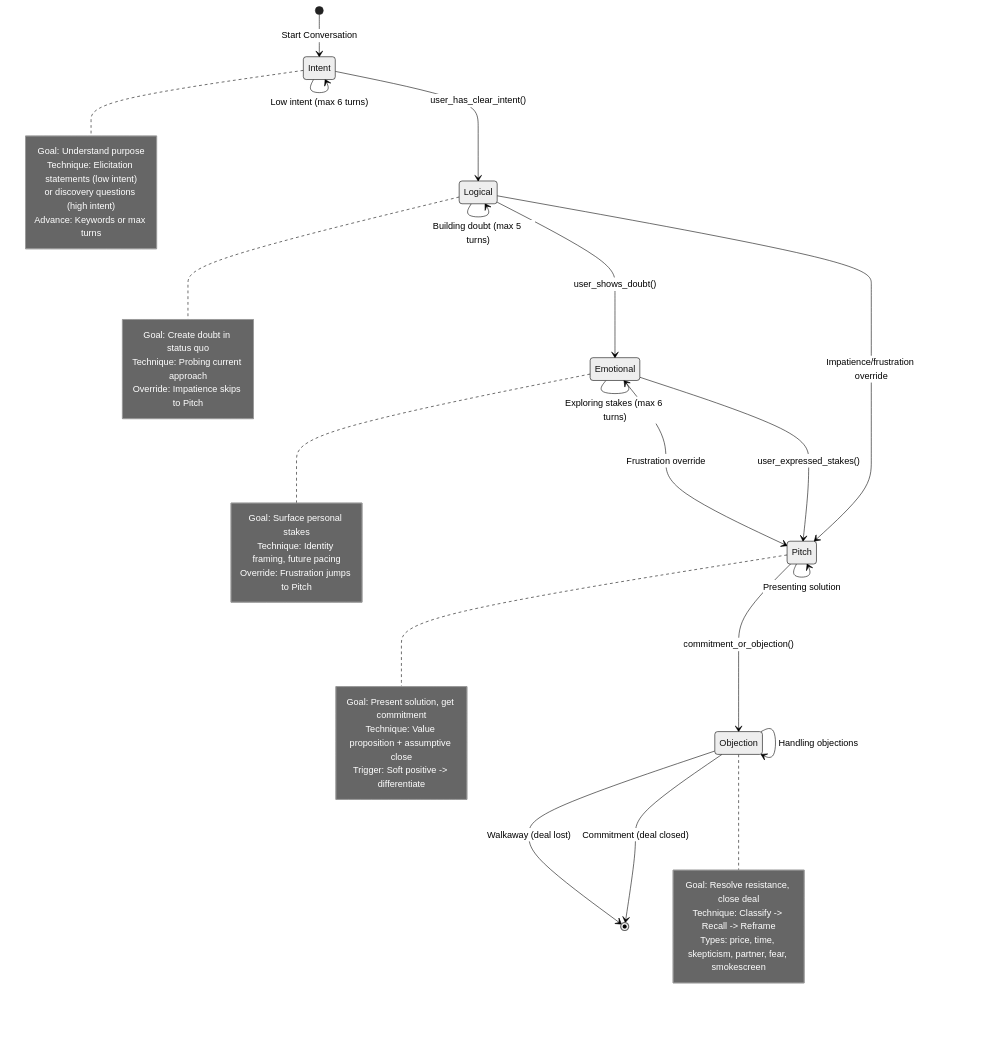
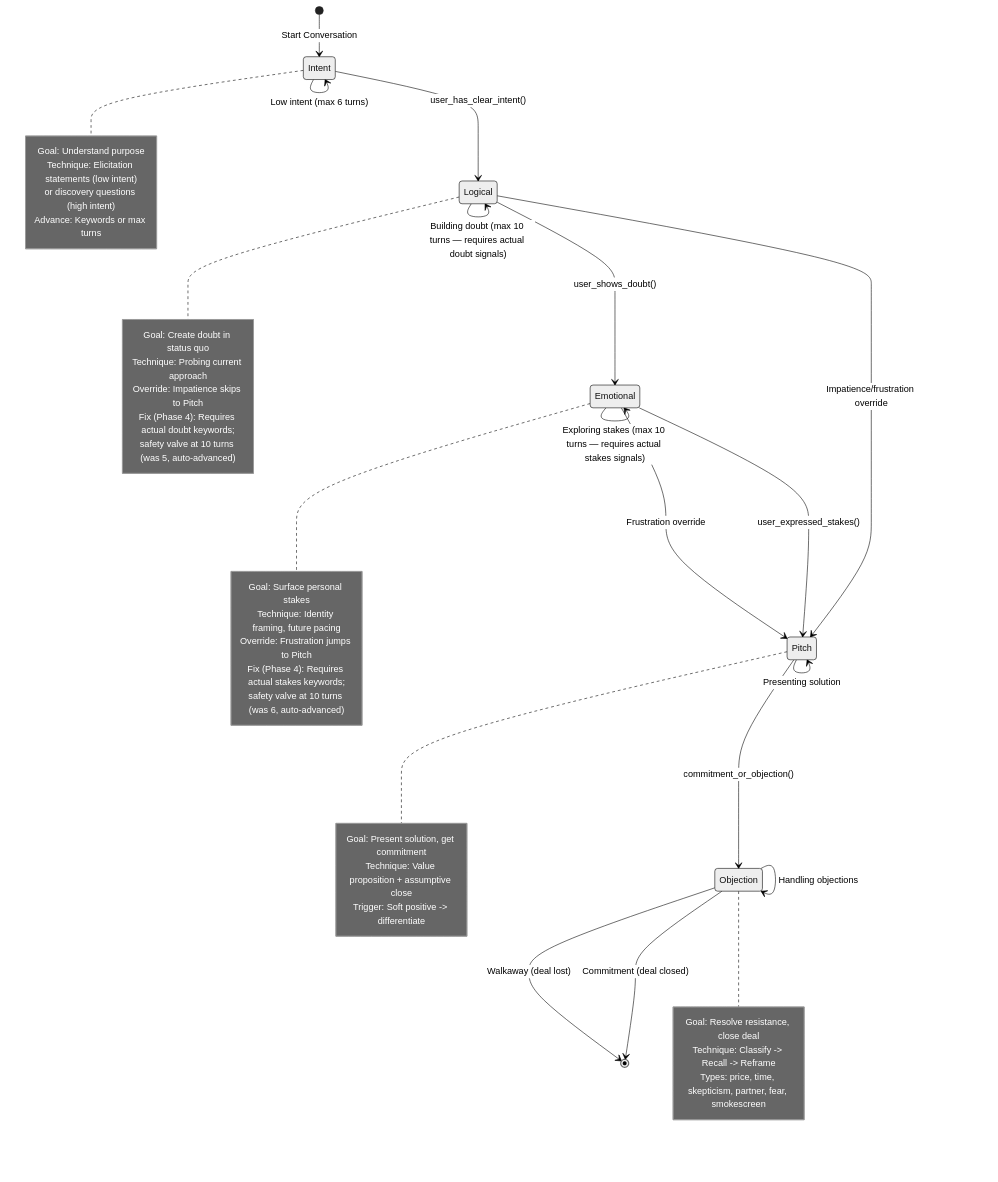
The fourth of 46 diagrams in architecture diagrams.md (shaf-aston/FYP-sales-training-tool), drawn with Mermaid (neutral theme) before and after one commit. The commit also changed other lines of this file and 21 other files, not shown here.

````diff
--- a/architecture diagrams.md
+++ b/architecture diagrams.md
@@ -128,53 +304,57 @@
 ```mermaid
 stateDiagram-v2
     [*] --> Intent: Start Conversation
 
     Intent --> Logical: user_has_clear_intent()
     Intent --> Intent: Low intent (max 6 turns)
 
     Logical --> Emotional: user_shows_doubt()
     Logical --> Pitch: Impatience/frustration override
-    Logical --> Logical: Building doubt (max 5 turns)
+    Logical --> Logical: Building doubt (max 10 turns — requires actual doubt signals)
 
     Emotional --> Pitch: user_expressed_stakes()
     Emotional --> Pitch: Frustration override
-    Emotional --> Emotional: Exploring stakes (max 6 turns)
+    Emotional --> Emotional: Exploring stakes (max 10 turns — requires actual stakes signals)
 
     Pitch --> Objection: commitment_or_objection()
     Pitch --> Pitch: Presenting solution
 
     Objection --> [*]: Commitment (deal closed)
     Objection --> [*]: Walkaway (deal lost)
     Objection --> Objection: Handling objections
 
     note right of Intent
         Goal: Understand purpose
         Technique: Elicitation statements (low intent)
         or discovery questions (high intent)
         Advance: Keywords or max turns
     end note
 
     note right of Logical
         Goal: Create doubt in status quo
         Technique: Probing current approach
         Override: Impatience skips to Pitch
+        Fix (Phase 4): Requires actual doubt keywords;
+        safety valve at 10 turns (was 5, auto-advanced)
     end note
 
     note right of Emotional
         Goal: Surface personal stakes
         Technique: Identity framing, future pacing
         Override: Frustration jumps to Pitch
+        Fix (Phase 4): Requires actual stakes keywords;
+        safety valve at 10 turns (was 6, auto-advanced)
     end note
 
     note right of Pitch
         Goal: Present solution, get commitment
         Technique: Value proposition + assumptive close
         Trigger: Soft positive -> differentiate
     end note
 
     note right of Objection
         Goal: Resolve resistance, close deal
         Technique: Classify -> Recall -> Reframe
         Types: price, time, skepticism, partner, fear, smokescreen
     end note
 ```
````
